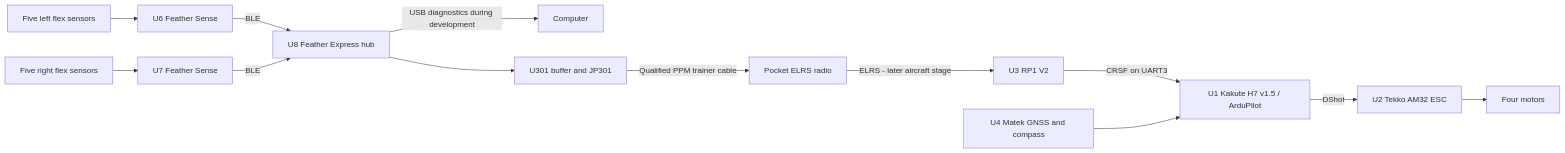
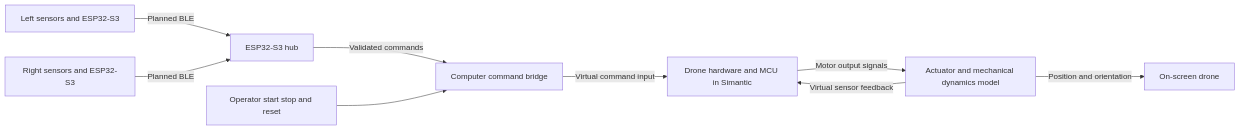
One commit to Samiurr10/gesture-controlled-drone changed the diagram in docs/architecture.md. Above: the diagram before and after it, drawn with Mermaid. The commit also changed other lines of this file and 84 other files, not shown here.

````diff
--- a/docs/architecture.md
+++ b/docs/architecture.md
@@ -19,15 +13,11 @@
 ```mermaid
 flowchart LR
-    LF[Five left flex sensors] --> L[U6 Feather Sense]
-    RF[Five right flex sensors] --> R[U7 Feather Sense]
-    L -->|BLE| H[U8 Feather Express hub]
-    R -->|BLE| H
-    H -->|USB diagnostics during development| PC[Computer]
-    H --> BUF[U301 buffer and JP301]
-    BUF -->|Qualified PPM trainer cable| P[Pocket ELRS radio]
-    P -->|ELRS - later aircraft stage| RX[U3 RP1 V2]
-    RX -->|CRSF on UART3| FC[U1 Kakute H7 v1.5 / ArduPilot]
-    GPS[U4 Matek GNSS and compass] --> FC
-    FC -->|DShot| ESC[U2 Tekko AM32 ESC]
-    ESC --> M[Four motors]
+    LH[Left sensors and ESP32-S3] -->|Planned BLE| HUB[ESP32-S3 hub]
+    RH[Right sensors and ESP32-S3] -->|Planned BLE| HUB
+    HUB -->|Validated commands| BRIDGE[Computer command bridge]
+    BRIDGE -->|Virtual command input| MCU[Drone hardware and MCU in Simantic]
+    MCU -->|Motor output signals| PLANT[Actuator and mechanical dynamics model]
+    PLANT -->|Virtual sensor feedback| MCU
+    PLANT -->|Position and orientation| VIEW[On-screen drone]
+    HOST[Operator start stop and reset] --> BRIDGE
 ```
````
